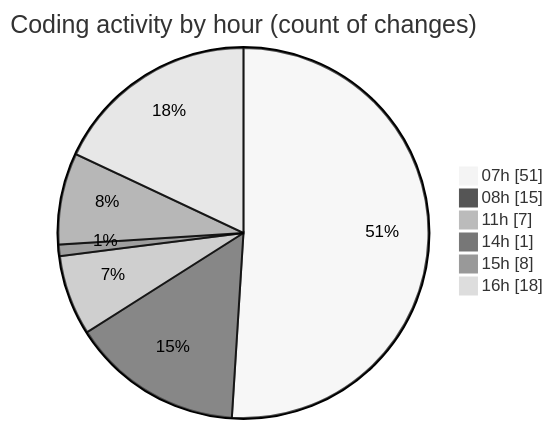
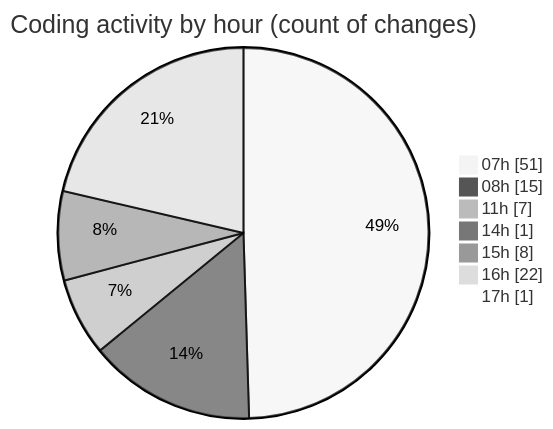
One commit to robertbonfada/code-tracking changed the second of 2 diagrams in 2025-01-17/mbc-web/README.md. Above: the diagram before and after it, drawn with Mermaid (neutral theme). The commit also changed other lines of this file and 1 other file, not shown here.

````diff
--- a/2025-01-17/mbc-web/README.md
+++ b/2025-01-17/mbc-web/README.md
@@ -47,10 +47,11 @@
 ```mermaid
 pie showData
 title Coding activity by hour (count of changes)
 "07h" : 51
 "08h" : 15
 "11h" : 7
 "14h" : 1
 "15h" : 8
-"16h" : 18
+"16h" : 22
+"17h" : 1
 ```
````
